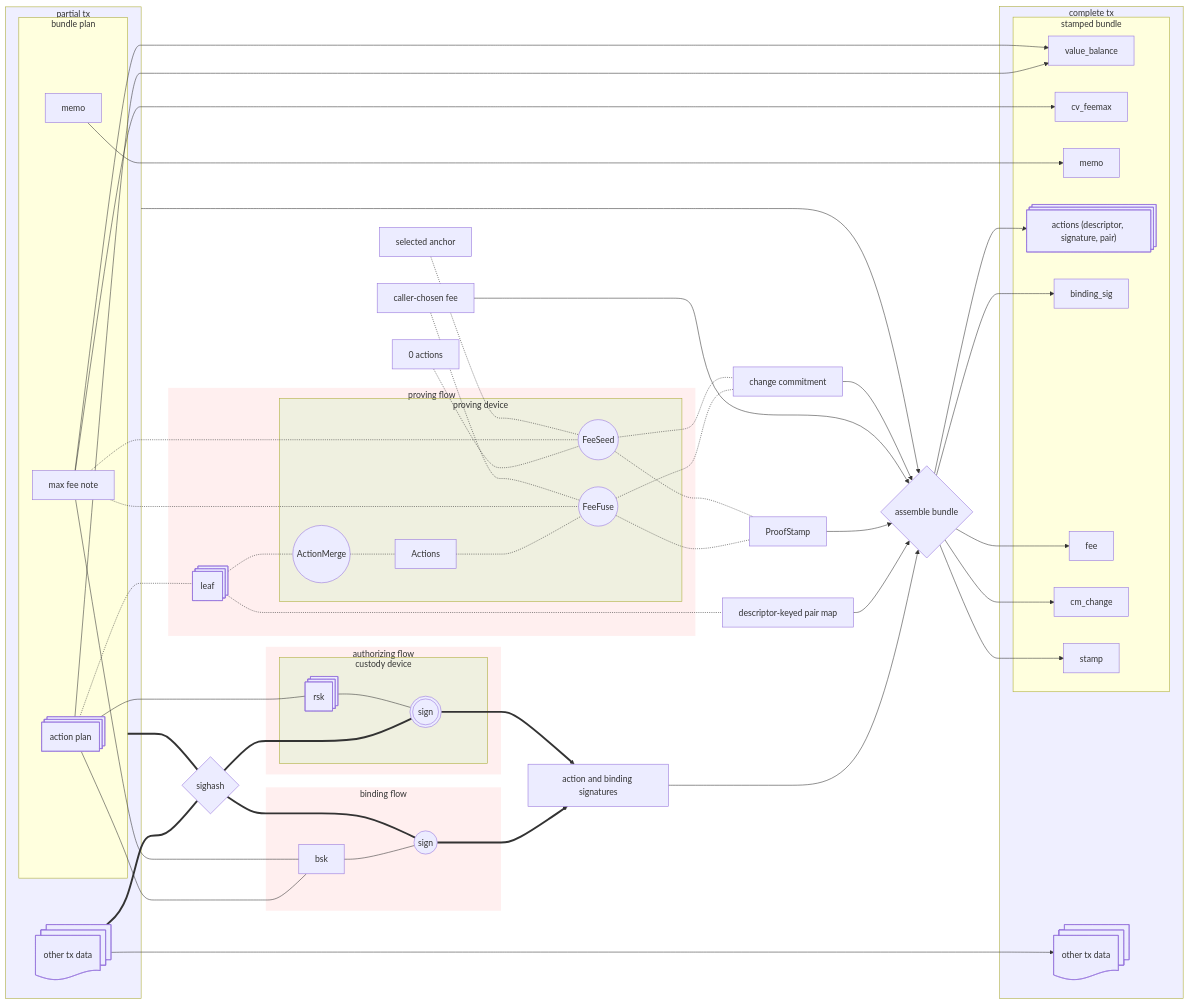
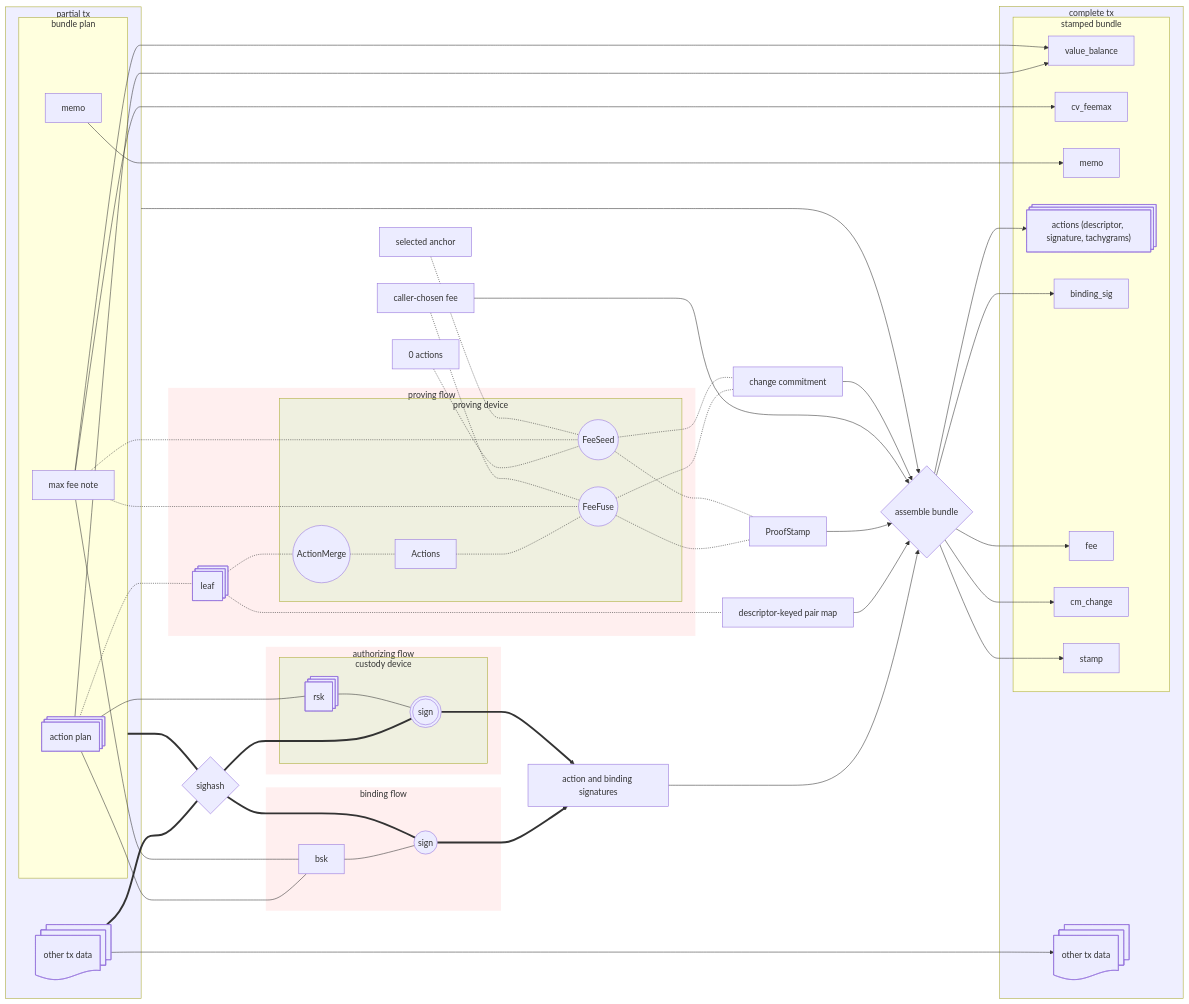
Before and after one commit to tachyon-zcash/tachyon: the second of 3 diagrams in book/src/authorization.md, drawn with Mermaid.

Commit message:
docs: label action tachygrams consistently

```diff
--- a/book/src/authorization.md
+++ b/book/src/authorization.md
@@ -219,7 +219,7 @@
     subgraph tx[complete tx]
         subgraph bundle["stamped bundle"]
             value_balance
-            action@{ shape: st-rect, label: "actions (descriptor, signature, pair)" }
+            action@{ shape: st-rect, label: "actions (descriptor, signature, tachygrams)" }
             cv_feemax
             binding_sig
             memo_2[memo]
```
